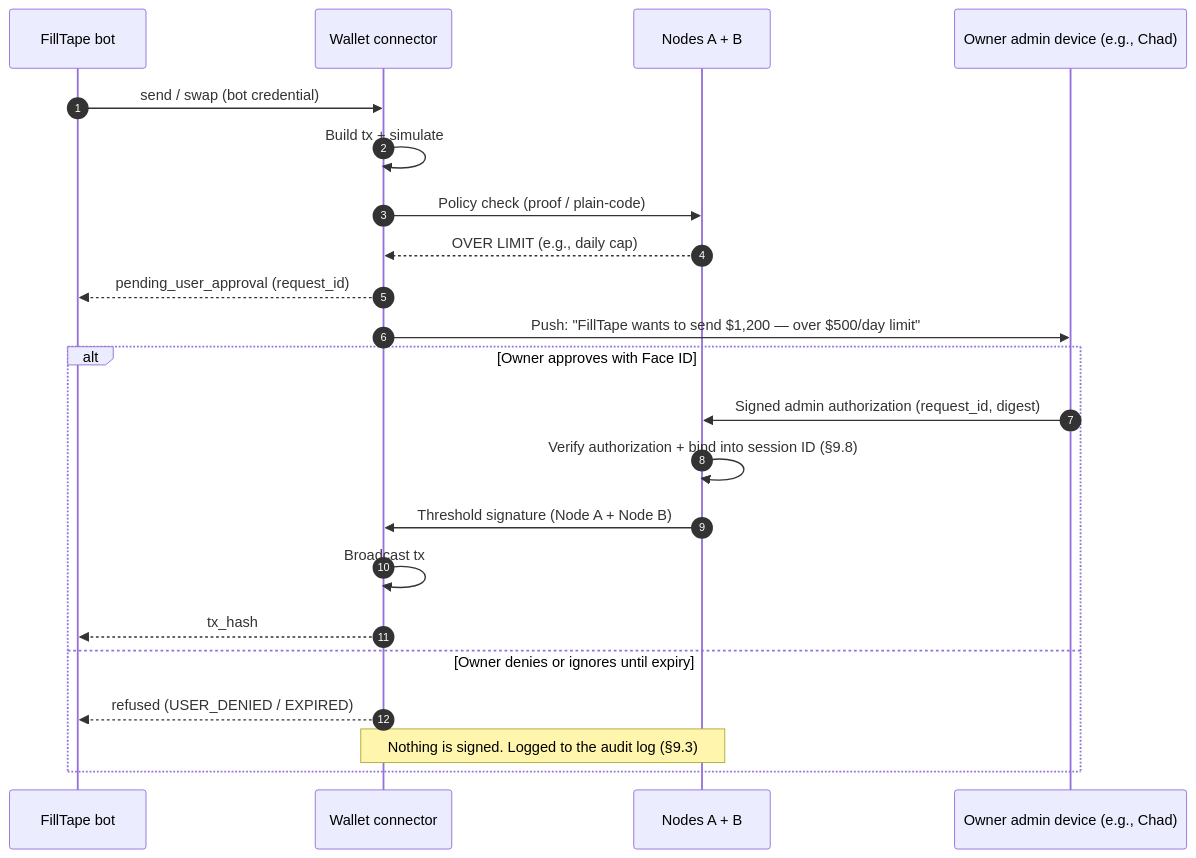
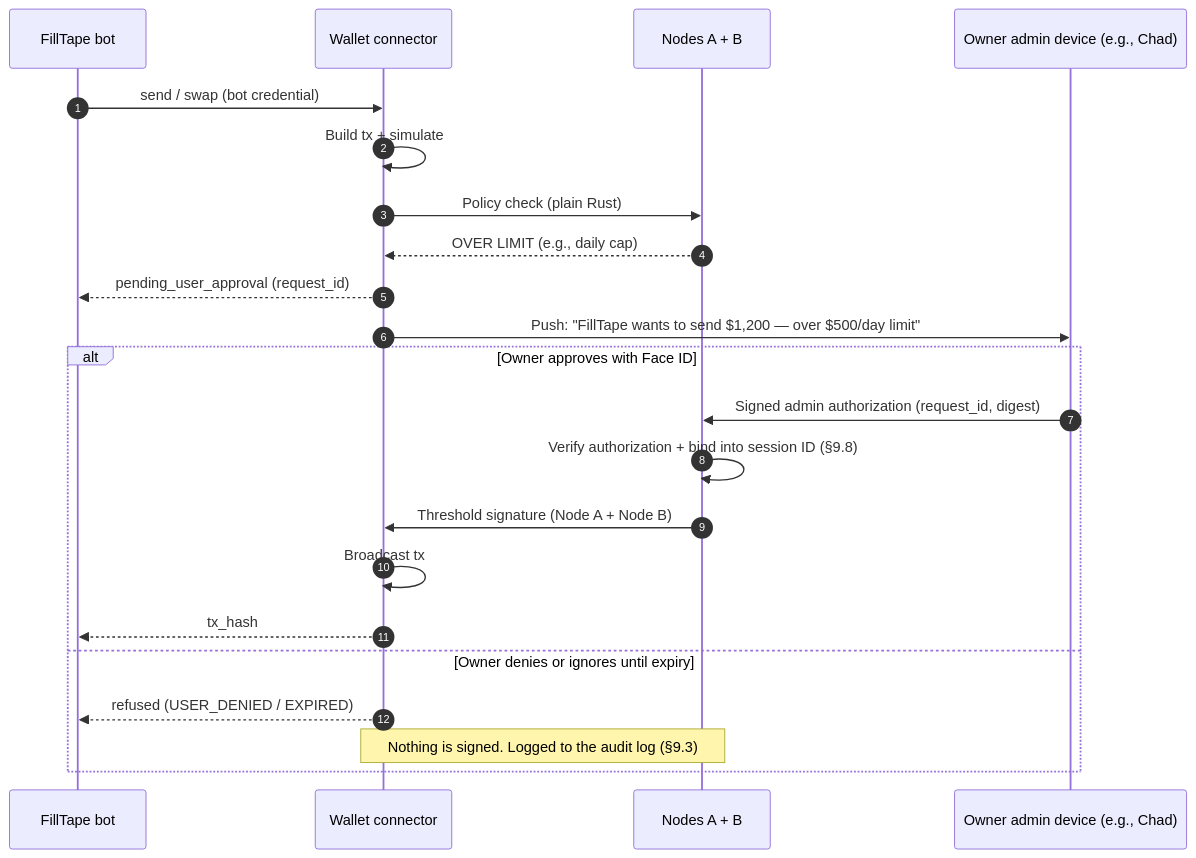
Before and after one commit to loreum-org/keyshare: the third of 4 diagrams in docs/design.md, drawn with Mermaid. The commit also changed other lines of this file and 1 other file, not shown here.

First line of the commit message:
Enforce v1 policy in plain Rust and defer ZK proofs.

````diff
--- a/docs/design.md
+++ b/docs/design.md
@@ -525,24 +516,24 @@
 ```mermaid
 sequenceDiagram
     autonumber
     participant Bot as FillTape bot
     participant MCP as Wallet connector
     participant N as Nodes A + B
     participant P as Owner admin device (e.g., Chad)
     Bot->>MCP: send / swap (bot credential)
     MCP->>MCP: Build tx + simulate
-    MCP->>N: Policy check (proof / plain-code)
+    MCP->>N: Policy check (plain Rust)
     N-->>MCP: OVER LIMIT (e.g., daily cap)
     MCP-->>Bot: pending_user_approval (request_id)
     MCP->>P: Push: "FillTape wants to send $1,200 — over $500/day limit"
     alt Owner approves with Face ID
         P->>N: Signed admin authorization (request_id, digest)
         N->>N: Verify authorization + bind into session ID (§9.8)
         N->>MCP: Threshold signature (Node A + Node B)
         MCP->>MCP: Broadcast tx
         MCP-->>Bot: tx_hash
     else Owner denies or ignores until expiry
         MCP-->>Bot: refused (USER_DENIED / EXPIRED)
         Note over MCP,N: Nothing is signed. Logged to the audit log (§9.3)
     end
 ```
````
